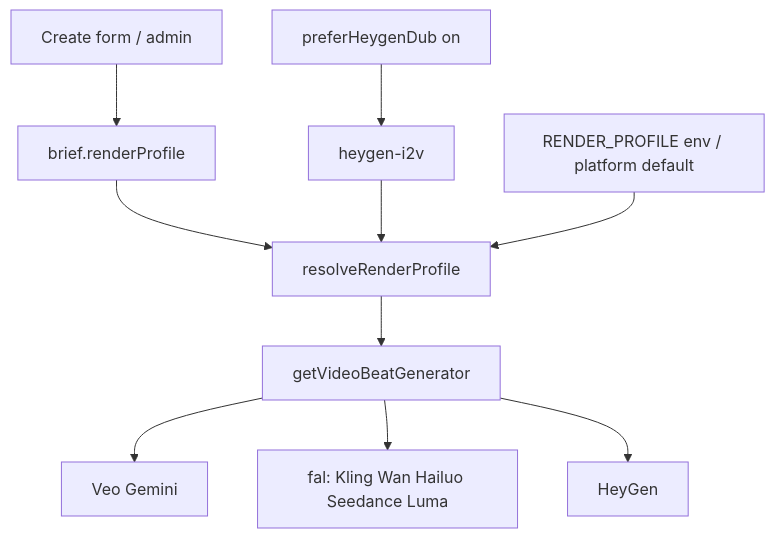
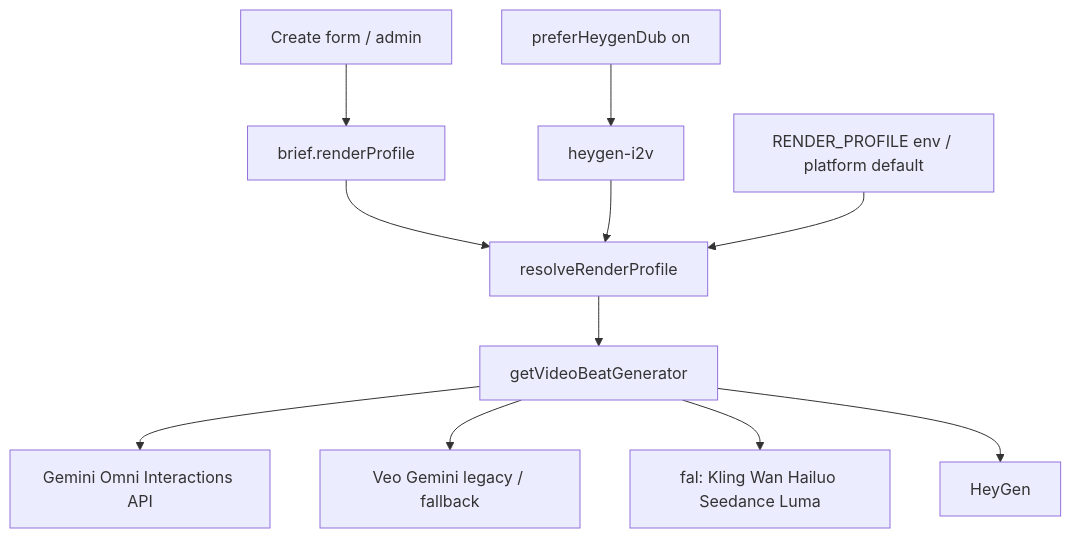
The diagram in docs/models.md (jdfrid/studio-agents), drawn with Mermaid before and after one commit. The commit also changed other lines of this file and 30 other files, not shown here.

````diff
--- a/docs/models.md
+++ b/docs/models.md
@@ -11,12 +11,13 @@
 ```mermaid
 flowchart TD
   form[Create form / admin] --> brief[brief.renderProfile]
   heygenFlag[preferHeygenDub on] --> heygenForced[heygen-i2v]
   brief --> resolve[resolveRenderProfile]
   heygenForced --> resolve
   env[RENDER_PROFILE env / platform default] --> resolve
   resolve --> gen[getVideoBeatGenerator]
-  gen --> veo[Veo Gemini]
+  gen --> omni[Gemini Omni Interactions API]
+  gen --> veo[Veo Gemini legacy / fallback]
   gen --> fal[fal: Kling Wan Hailuo Seedance Luma]
   gen --> hg[HeyGen]
 ```
````
